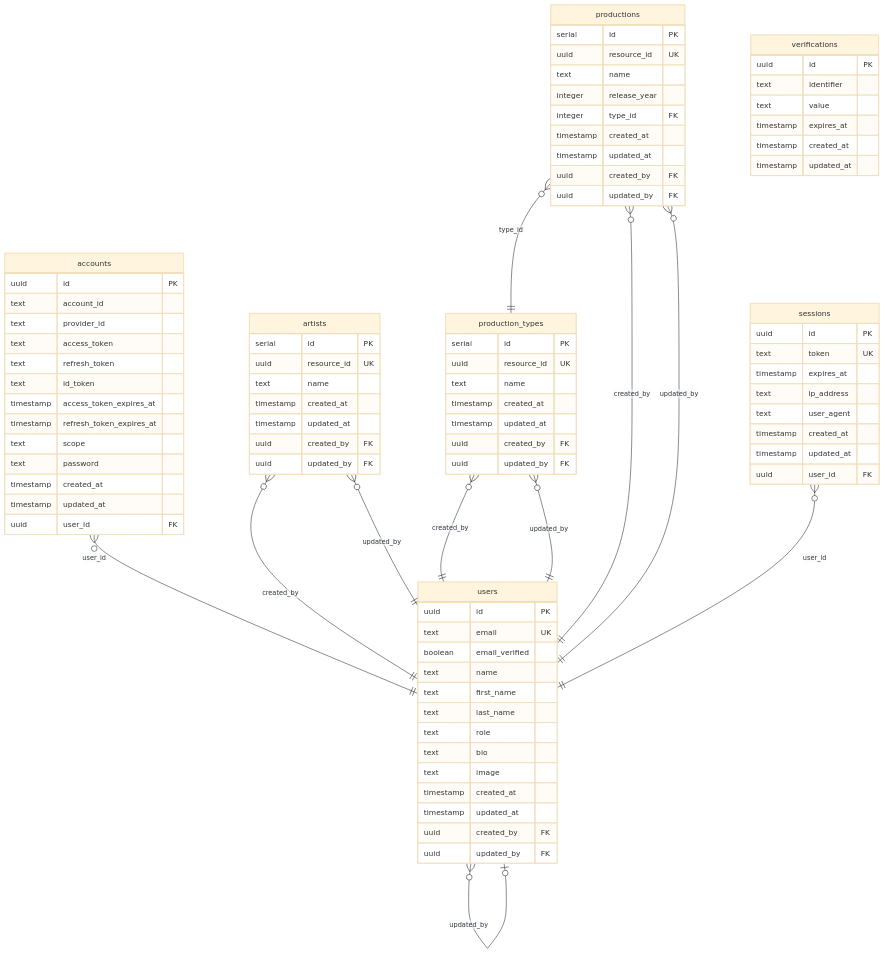
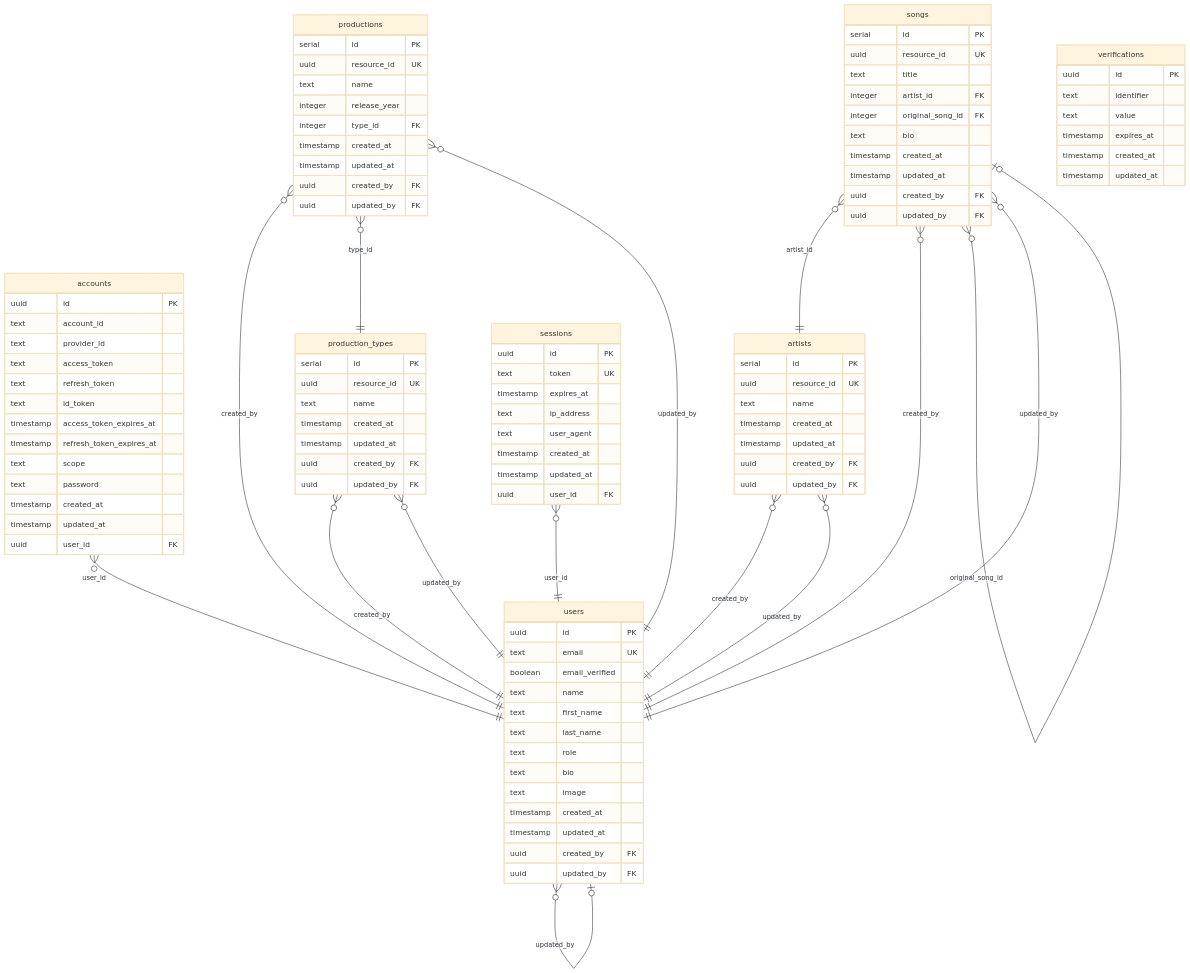
Before and after one commit to gleneseo/song-lists: the diagram in docs/db/schema.md, drawn with Mermaid (base theme). The commit also changed other lines of this file and 3 other files, not shown here.

```diff
--- a/docs/db/schema.md
+++ b/docs/db/schema.md
@@ -262,6 +304,10 @@
     productions }o--|| production_types : "type_id"
     productions }o--|| users : "updated_by"
     sessions }o--|| users : "user_id"
+    songs }o--|| artists : "artist_id"
+    songs }o--|| users : "created_by"
+    songs }o--o| songs : "original_song_id"
+    songs }o--|| users : "updated_by"
     users }o--o| users : "created_by"
     users }o--o| users : "updated_by"
 
@@ -319,6 +365,18 @@
         timestamp updated_at
         uuid user_id FK
     }
+    songs {
+        serial id PK
+        uuid resource_id UK
+        text title
+        integer artist_id FK
+        integer original_song_id FK
+        text bio
+        timestamp created_at
+        timestamp updated_at
+        uuid created_by FK
+        uuid updated_by FK
+    }
     users {
         uuid id PK
         text email UK
```
